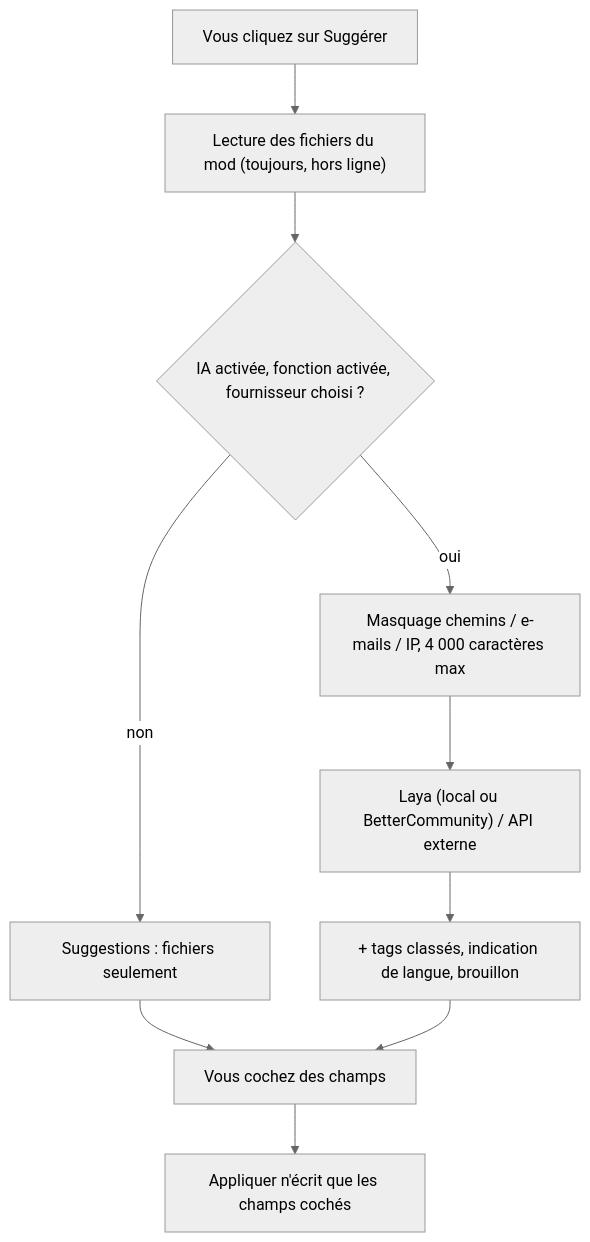
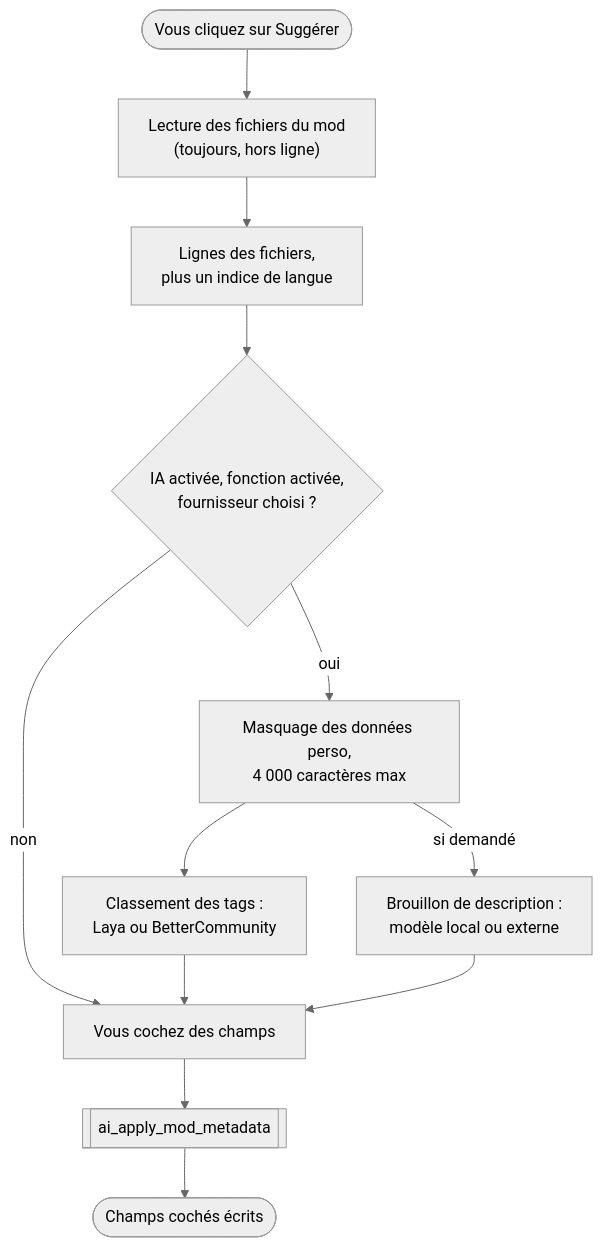
One commit to FreeProject089/BetterModsManager changed the diagram in frontend/assets/docs/fr/features/ai.md. Above: the diagram before and after it, drawn with Mermaid (neutral theme). The commit also changed 176 other files, not shown here.

````diff
--- a/frontend/assets/docs/fr/features/ai.md
+++ b/frontend/assets/docs/fr/features/ai.md
@@ -251,12 +251,14 @@
 ```mermaid
-graph TD
-    CLICK["Vous cliquez sur Suggérer"] --> FILES["Lecture des fichiers du mod (toujours, hors ligne)"]
-    FILES --> GATE{"IA activée, fonction activée, fournisseur choisi ?"}
-    GATE -- "non" --> ROWS["Suggestions : fichiers seulement"]
-    GATE -- "oui" --> MASK["Masquage chemins / e-mails / IP, 4 000 caractères max"]
-    MASK --> PROV["Laya (local ou BetterCommunity) / API externe"]
-    PROV --> ROWS2["+ tags classés, indication de langue, brouillon"]
-    ROWS --> PICK["Vous cochez des champs"]
-    ROWS2 --> PICK
-    PICK --> APPLY["Appliquer n'écrit que les champs cochés"]
+flowchart TD
+    CLICK(["Vous cliquez sur Suggérer"]) --> FILES["Lecture des fichiers du mod<br/>(toujours, hors ligne)"]
+    FILES --> ROWS["Lignes des fichiers,<br/>plus un indice de langue"]
+    ROWS --> GATE{"IA activée, fonction activée,<br/>fournisseur choisi ?"}
+    GATE -- "non" --> PICK["Vous cochez des champs"]
+    GATE -- "oui" --> MASK["Masquage des données perso,<br/>4 000 caractères max"]
+    MASK --> PROV["Classement des tags :<br/>Laya ou BetterCommunity"]
+    MASK -- "si demandé" --> DRAFT["Brouillon de description :<br/>modèle local ou externe"]
+    PROV --> PICK
+    DRAFT --> PICK
+    PICK --> APPLY[["ai_apply_mod_metadata"]]
+    APPLY --> DONE(["Champs cochés écrits"])
 ```
````
